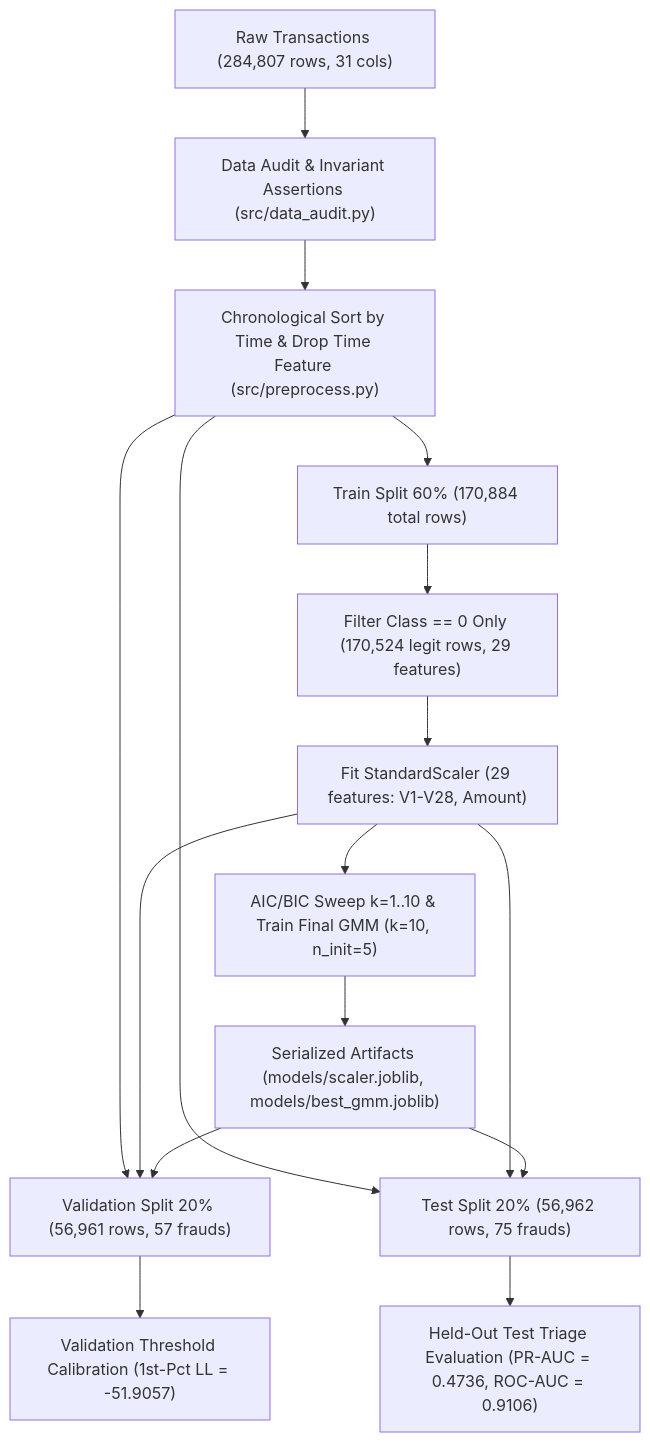
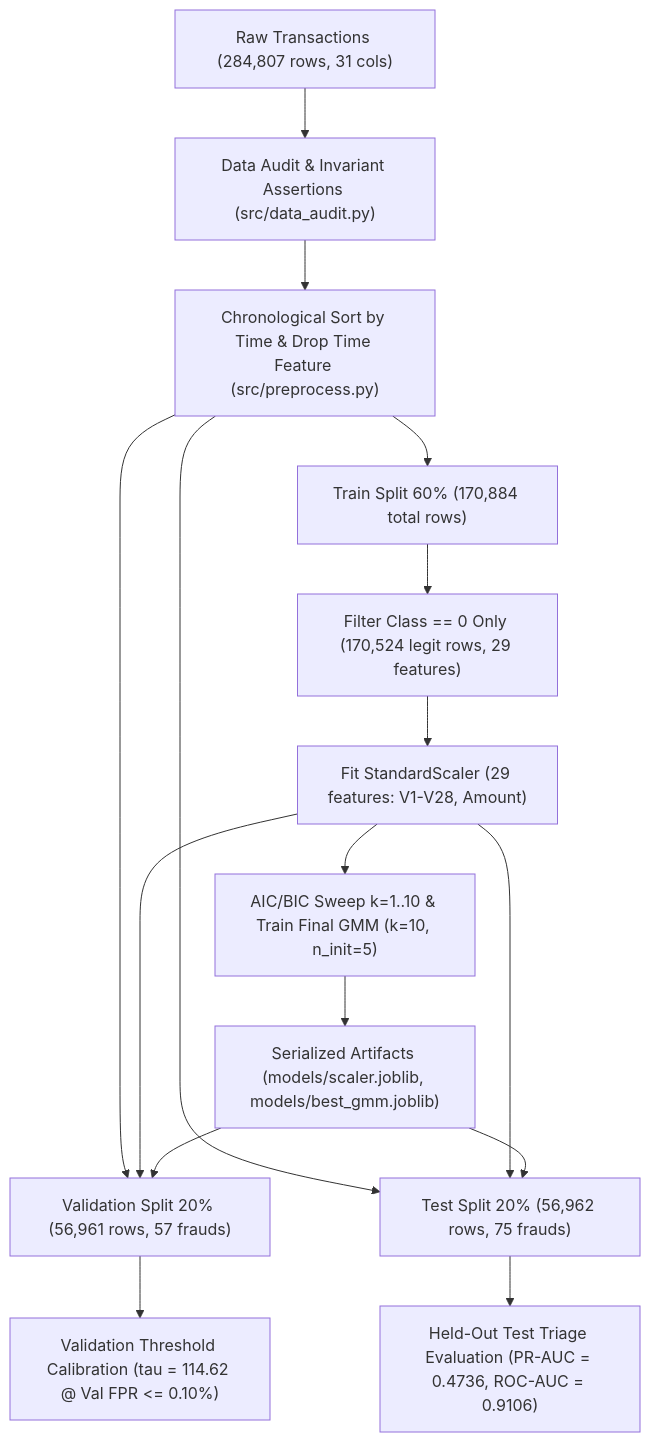
The diagram in README.md (palak22291/card-fraud-triage), drawn with Mermaid before and after one commit. The commit also changed other lines of this file and 3 other files, not shown here.

````diff
--- a/README.md
+++ b/README.md
@@ -39,18 +39,18 @@
 ```mermaid
 flowchart TD
     A["Raw Transactions (284,807 rows, 31 cols)"] --> B["Data Audit & Invariant Assertions (src/data_audit.py)"]
     B --> C["Chronological Sort by Time & Drop Time Feature (src/preprocess.py)"]
     C --> D["Train Split 60% (170,884 total rows)"]
     C --> E["Validation Split 20% (56,961 rows, 57 frauds)"]
     C --> F["Test Split 20% (56,962 rows, 75 frauds)"]
     D --> G["Filter Class == 0 Only (170,524 legit rows, 29 features)"]
     G --> H["Fit StandardScaler (29 features: V1-V28, Amount)"]
     H --> I["AIC/BIC Sweep k=1..10 & Train Final GMM (k=10, n_init=5)"]
     I --> J["Serialized Artifacts (models/scaler.joblib, models/best_gmm.joblib)"]
     H --> E
     H --> F
     J --> E
     J --> F
-    E --> K["Validation Threshold Calibration (1st-Pct LL = -51.9057)"]
+    E --> K["Validation Threshold Calibration (tau = 114.62 @ Val FPR <= 0.10%)"]
     F --> L["Held-Out Test Triage Evaluation (PR-AUC = 0.4736, ROC-AUC = 0.9106)"]
 ```
````
